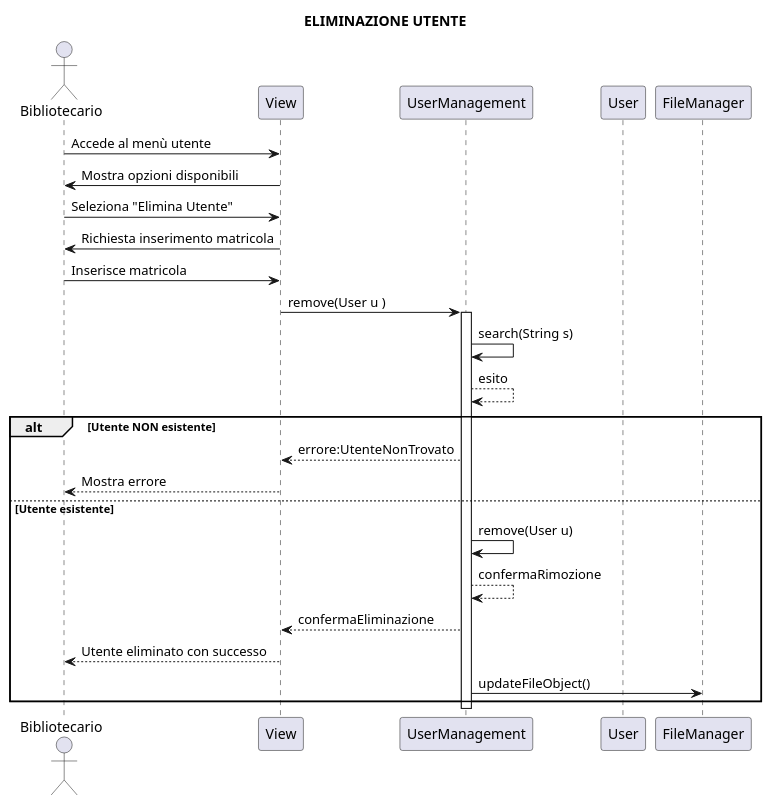
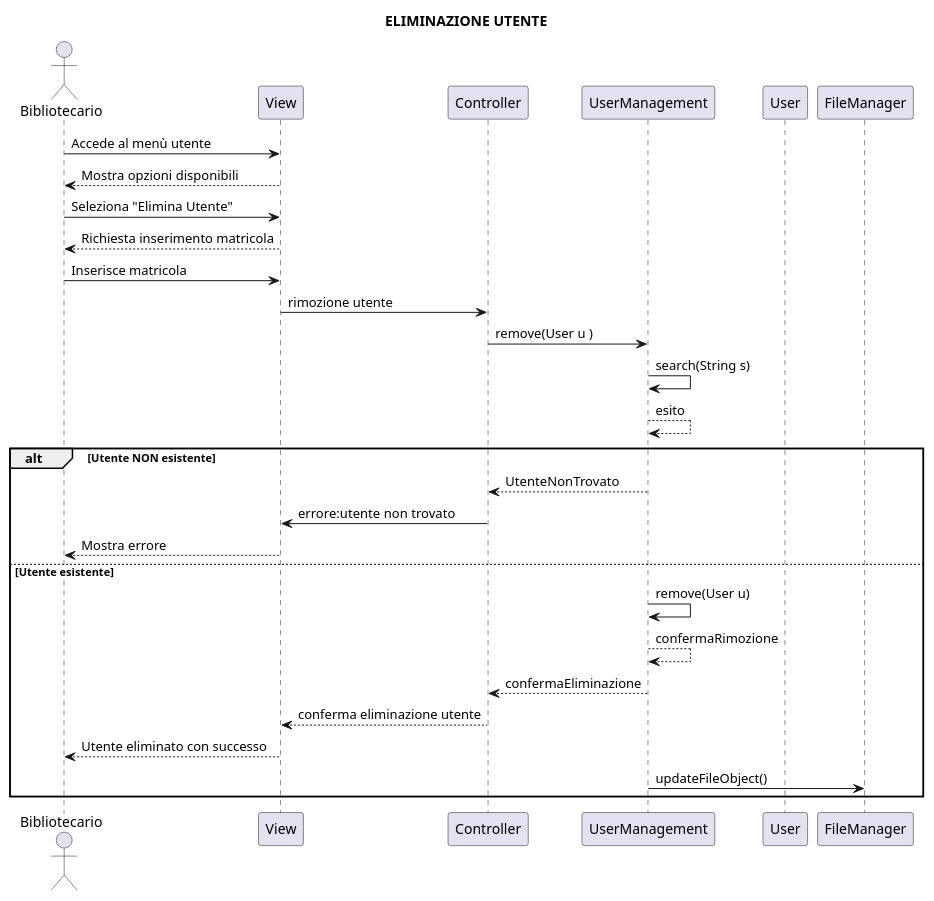
The diagram in gruppo14BibliotecaUniversitaria/uml/EliminazioneUtente.puml (brunooliva7/Project-Ingegneria-del-Software14), drawn with PlantUML before and after one commit. The commit also changed 18 other files, not shown here.

```diff
--- a/gruppo14BibliotecaUniversitaria/uml/EliminazioneUtente.puml
+++ b/gruppo14BibliotecaUniversitaria/uml/EliminazioneUtente.puml
@@ -1,37 +1,37 @@
 @startuml
 title ELIMINAZIONE UTENTE
 
 actor Bibliotecario
 participant View
+participant Controller 
 participant UserManagement
 participant User
 participant  FileManager
+
 Bibliotecario -> View: Accede al menù utente
-View -> Bibliotecario: Mostra opzioni disponibili
-Bibliotecario -> View: Seleziona "Elimina Utente"
- 
-View -> Bibliotecario: Richiesta inserimento matricola
-Bibliotecario -> View: Inserisce matricola
- 
-View-> UserManagement: remove(User u )
-activate UserManagement
+View –-> Bibliotecario: Mostra opzioni disponibili
+Bibliotecario -> View: Seleziona "Elimina Utente" 
+View –-> Bibliotecario: Richiesta inserimento matricola
+Bibliotecario –> View: Inserisce matricola
+ View -> Controller : rimozione utente
+Controller -> UserManagement: remove(User u )
  
 UserManagement -> UserManagement : search(String s)
 UserManagement --> UserManagement: esito
- 
-alt Utente NON esistente
-	UserManagement --> View: errore:UtenteNonTrovato
+ alt Utente NON esistente
+	UserManagement --> Controller: UtenteNonTrovato
+                Controller->View: errore:utente non trovato
+
 	View --> Bibliotecario: Mostra errore
  
 else Utente esistente
 	UserManagement -> UserManagement: remove(User u)
 	UserManagement --> UserManagement: confermaRimozione
-	UserManagement --> View: confermaEliminazione
+	UserManagement --> Controller: confermaEliminazione
+               Controller -->View: conferma eliminazione utente 
 	View --> Bibliotecario: Utente eliminato con successo
  
 	UserManagement -> FileManager: updateFileObject()
-	deactivate FileManager
  
 end
-deactivate UserManagement
 @enduml
```
